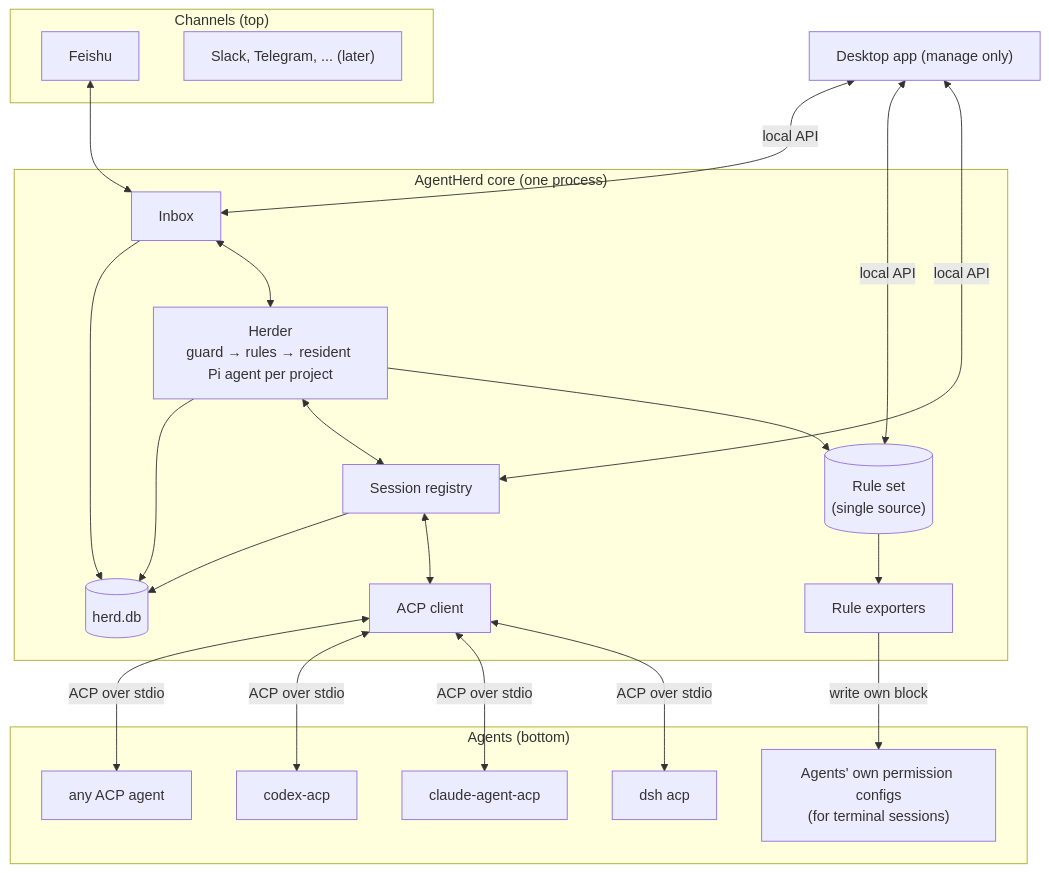
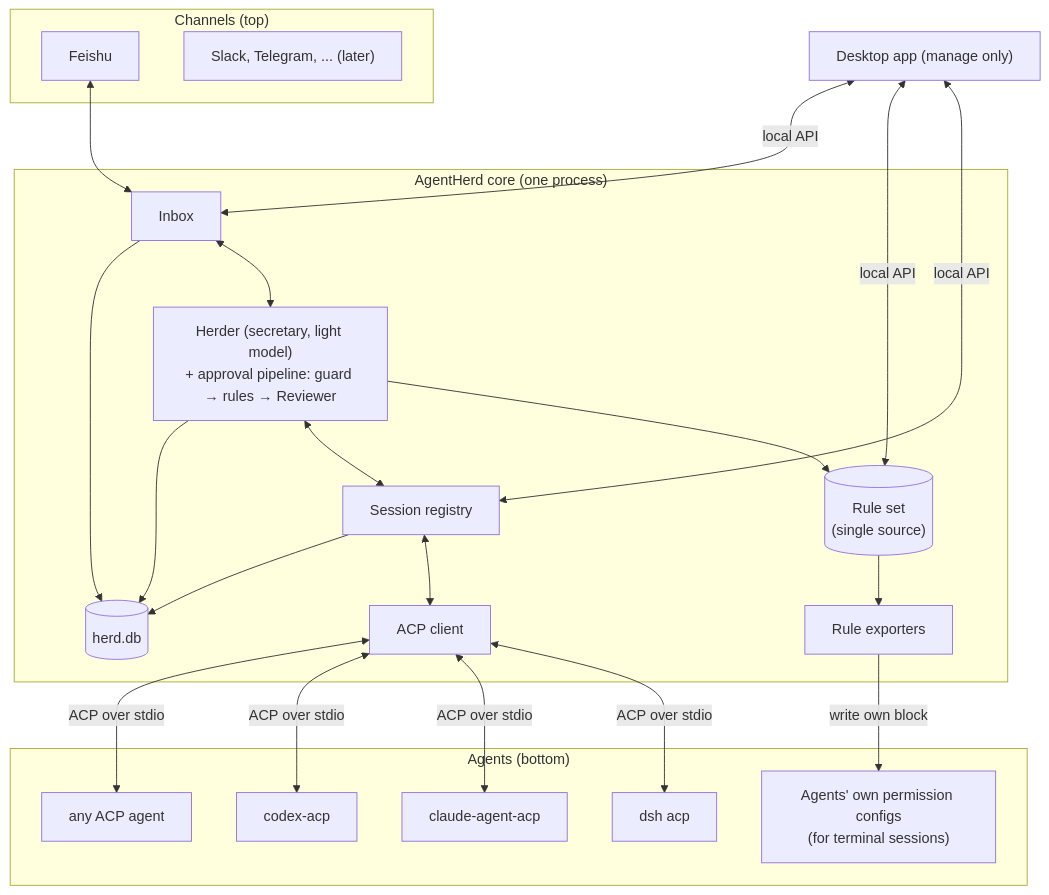
One commit to Dopetaiga/AgentHerd changed the diagram in docs/spec/02-architecture.md. Above: the diagram before and after it, drawn with Mermaid. The commit also changed other lines of this file and 22 other files, not shown here.

First line of the commit message:
docs: Herder becomes one light-model secretary; approvals move to a separate pipeline

````diff
--- a/docs/spec/02-architecture.md
+++ b/docs/spec/02-architecture.md
@@ -9,32 +9,32 @@
 ```mermaid
 flowchart TB
   subgraph Top["Channels (top)"]
     FS["Feishu"]
     MORE["Slack, Telegram, ... (later)"]
   end
   subgraph Core["AgentHerd core (one process)"]
     INB["Inbox"]
-    HD["Herder<br/>guard → rules → resident Pi agent per project"]
+    HD["Herder (secretary, light model)<br/>+ approval pipeline: guard → rules → Reviewer"]
     RULES[("Rule set<br/>(single source)")]
     REG["Session registry"]
     ACPC["ACP client"]
     EXP["Rule exporters"]
     DB[("herd.db")]
   end
   subgraph Bottom["Agents (bottom)"]
     A1["dsh acp"]
     A2["claude-agent-acp"]
     A3["codex-acp"]
     A4["any ACP agent"]
     CFG["Agents' own permission configs<br/>(for terminal sessions)"]
   end
   UI["Desktop app (manage only)"]
   FS <--> INB
   INB <--> HD
   HD --> RULES
   HD <--> REG <--> ACPC
   ACPC <-- "ACP over stdio" --> A1 & A2 & A3 & A4
   RULES --> EXP -- "write own block" --> CFG
   UI <-- "local API" --> REG & RULES & INB
   REG & HD & INB --> DB
 ```
````
